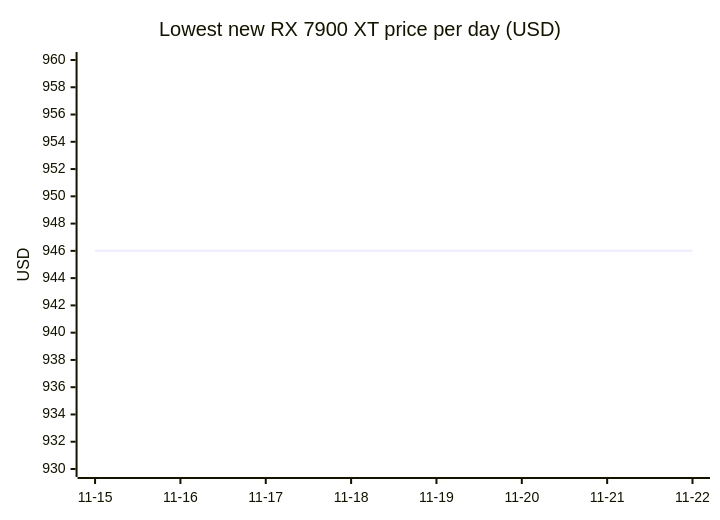
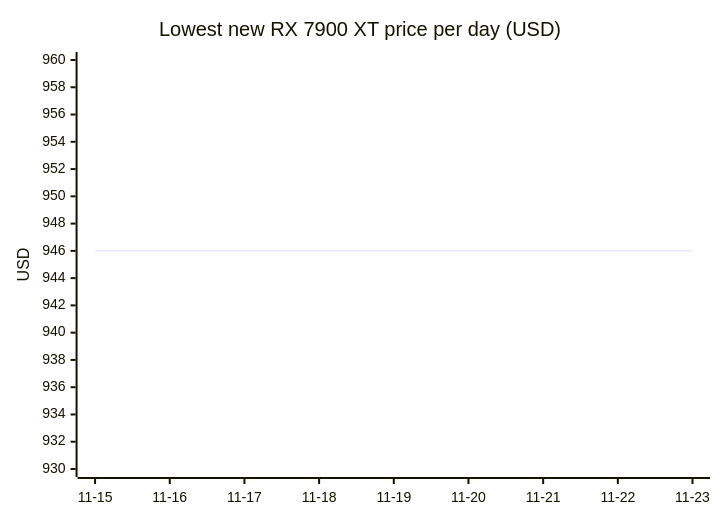
One commit to 7324136828/4tb_ssd_price_watch changed diagram 14 of 18 in README.md. Above: the diagram before and after it, drawn with Mermaid. The commit also changed other lines of this file, not shown here.

````diff
--- a/README.md
+++ b/README.md
@@ -1132,7 +1177,7 @@
 ```mermaid
 xychart-beta
     title "Lowest new RX 7900 XT price per day (USD)"
-    x-axis ["11-15", "11-16", "11-17", "11-18", "11-19", "11-20", "11-21", "11-22"]
+    x-axis ["11-15", "11-16", "11-17", "11-18", "11-19", "11-20", "11-21", "11-22", "11-23"]
     y-axis "USD" 930 --> 960
-    line [946.00, 946.00, 946.00, 946.00, 946.00, 946.00, 946.00, 946.00]
+    line [946.00, 946.00, 946.00, 946.00, 946.00, 946.00, 946.00, 946.00, 946.00]
 ```
````
